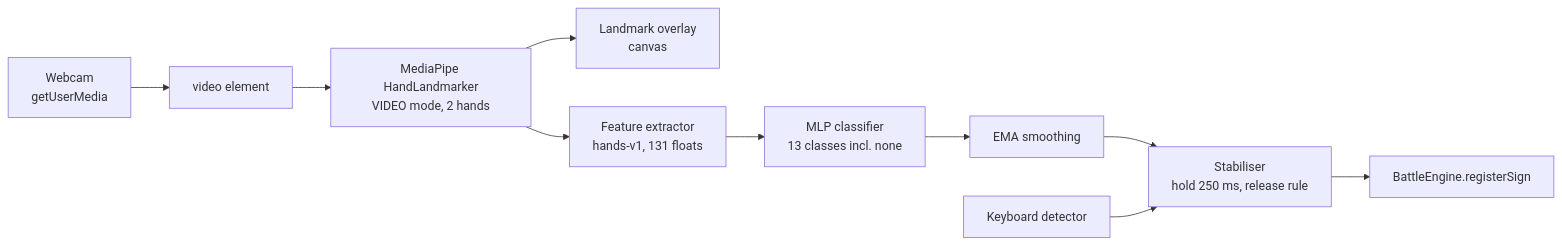
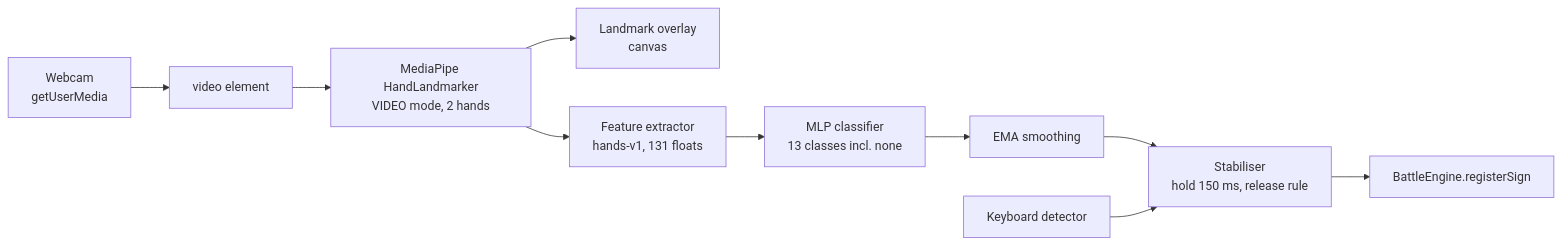
One commit to WumbleCat/naruto-handsigns-battle changed the first of 3 diagrams in docs/DESIGN.md. Above: the diagram before and after it, drawn with Mermaid. The commit also changed other lines of this file and 3 other files, not shown here.

````diff
--- a/docs/DESIGN.md
+++ b/docs/DESIGN.md
@@ -290,12 +290,12 @@
 ```mermaid
 flowchart LR
   cam[Webcam<br/>getUserMedia] --> video[video element]
   video --> mp[MediaPipe HandLandmarker<br/>VIDEO mode, 2 hands]
   mp --> overlay[Landmark overlay<br/>canvas]
   mp --> feat[Feature extractor<br/>hands-v1, 131 floats]
   feat --> clf[MLP classifier<br/>13 classes incl. none]
   clf --> ema[EMA smoothing]
-  ema --> stab[Stabiliser<br/>hold 250 ms, release rule]
+  ema --> stab[Stabiliser<br/>hold 150 ms, release rule]
   kb[Keyboard detector] --> stab
   stab --> engine[BattleEngine.registerSign]
 ```
````
